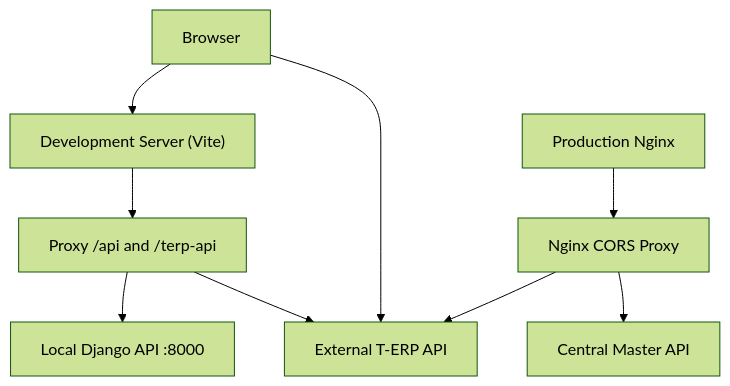
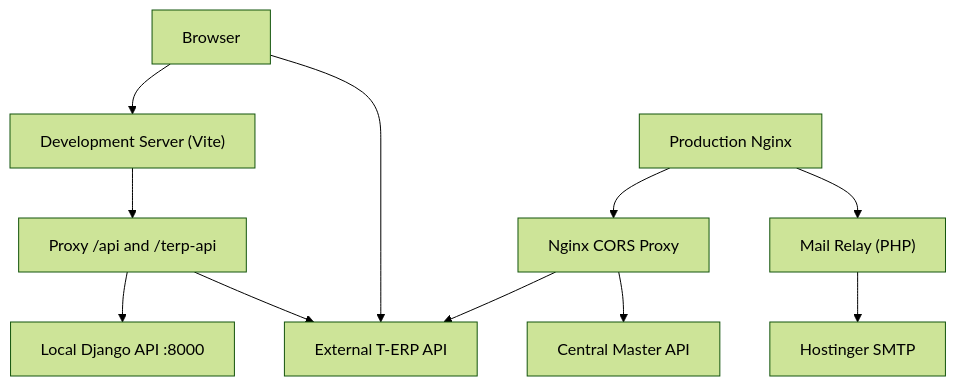
The second of 7 diagrams in .qoder/repowiki/en/content/Deployment Guide.md (imcbsglobal/TRELLISCO_ERP_FRONTEND), drawn with Mermaid (forest theme) before and after one commit. The commit also changed other lines of this file and 20 other files, not shown here.

````diff
--- a/.qoder/repowiki/en/content/Deployment Guide.md
+++ b/.qoder/repowiki/en/content/Deployment Guide.md
@@ -99,11 +107,13 @@
 ```mermaid
 flowchart TD
 Dev["Development Server (Vite)"] --> Proxy["Proxy /api and /terp-api"]
 Proxy --> Backend["Local Django API :8000"]
 Proxy --> TERP["External T-ERP API"]
 Client["Browser"] --> Dev
 Client --> TERP
 Prod["Production Nginx"] --> NginxProxy["Nginx CORS Proxy"]
 NginxProxy --> TERP
 NginxProxy --> Central["Central Master API"]
+Prod --> MailRelay["Mail Relay (PHP)"]
+MailRelay --> SMTP["Hostinger SMTP"]
 ```
````
